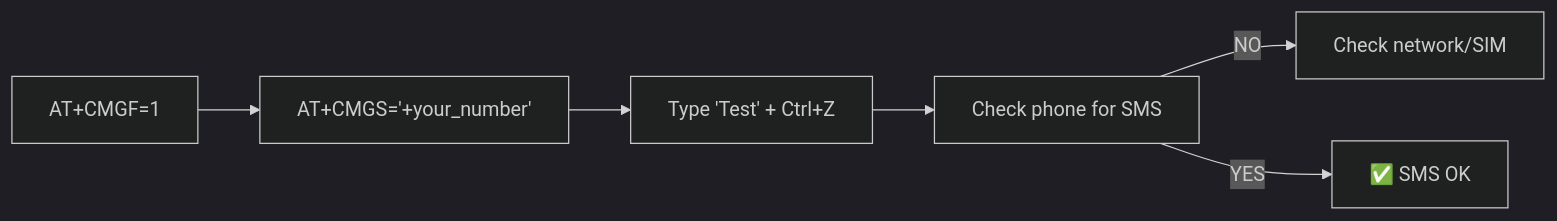
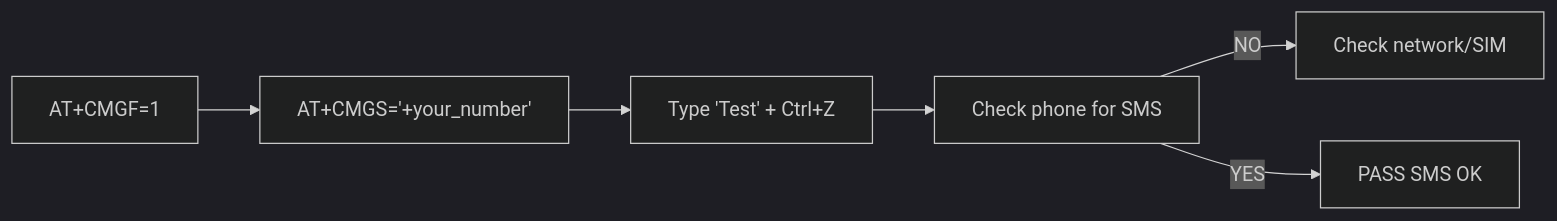
The fifth of 8 diagrams in docs/TESTING.md (qppd/smart-vehicle-impact-detection-device), drawn with Mermaid (dark theme) before and after one commit. The commit also changed other lines of this file and 10 other files, not shown here.

````diff
--- a/docs/TESTING.md
+++ b/docs/TESTING.md
@@ -107,8 +107,8 @@
 ```mermaid
 flowchart LR
     CMGF["AT+CMGF=1"] --> CMGS["AT+CMGS='+your_number'"]
     CMGS --> MSG["Type 'Test' + Ctrl+Z"]
     MSG --> CHECK["Check phone for SMS"]
     CHECK -->|NO| FIX["Check network/SIM"]
-    CHECK -->|YES| SMS_OK["✅ SMS OK"]
+    CHECK -->|YES| SMS_OK["PASS SMS OK"]
 ```
````
